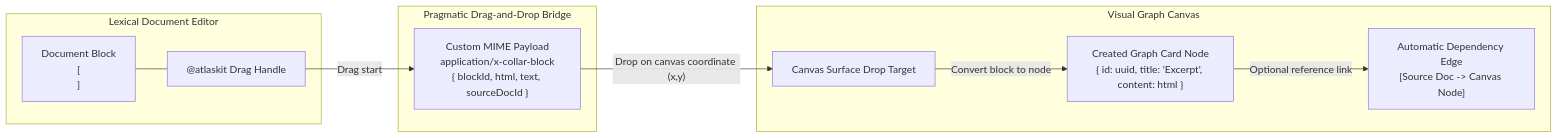
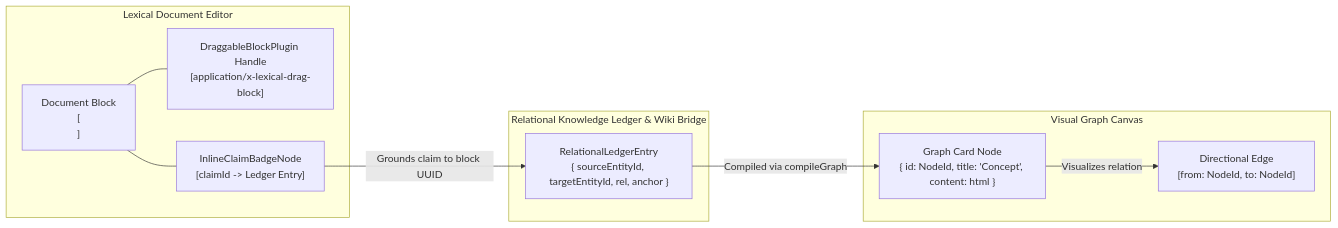
One commit to Goldwaterfung/Collaragent changed the fourth of 4 diagrams in docs/design-catalog/core-engine-wiring.md. Above: the diagram before and after it, drawn with Mermaid. The commit also changed other lines of this file and 42 other files, not shown here.

````diff
--- a/docs/design-catalog/core-engine-wiring.md
+++ b/docs/design-catalog/core-engine-wiring.md
@@ -216,23 +216,23 @@
 ```mermaid
 flowchart LR
     subgraph EditorSubsystem ["Lexical Document Editor"]
         LexicalBlock["Document Block<br/>[<p data-block-id='blk-1'>]"]
-        DragHandle["@atlaskit Drag Handle"]
+        DragHandle["DraggableBlockPlugin Handle<br/>[application/x-lexical-drag-block]"]
+        ClaimBadge["InlineClaimBadgeNode<br/>[claimId -> Ledger Entry]"]
         LexicalBlock --- DragHandle
+        LexicalBlock --- ClaimBadge
     end
 
-    subgraph DnDBridge ["Pragmatic Drag-and-Drop Bridge"]
-        MIMEPayload["Custom MIME Payload<br/>application/x-collar-block<br/>{ blockId, html, text, sourceDocId }"]
+    subgraph RelationalBridge ["Relational Knowledge Ledger & Wiki Bridge"]
+        LedgerEntry["RelationalLedgerEntry<br/>{ sourceEntityId, targetEntityId, rel, anchor }"]
     end
 
     subgraph CanvasSubsystem ["Visual Graph Canvas"]
-        DropTarget["Canvas Surface Drop Target"]
-        NewNode["Created Graph Card Node<br/>{ id: uuid, title: 'Excerpt', content: html }"]
-        EdgeConnect["Automatic Dependency Edge<br/>[Source Doc -> Canvas Node]"]
+        CanvasCardNode["Graph Card Node<br/>{ id: NodeId, title: 'Concept', content: html }"]
+        CanvasEdge["Directional Edge<br/>[from: NodeId, to: NodeId]"]
     end
 
-    DragHandle -->|"Drag start"| MIMEPayload
-    MIMEPayload -->|"Drop on canvas coordinate (x,y)"| DropTarget
-    DropTarget -->|"Convert block to node"| NewNode
-    NewNode -->|"Optional reference link"| EdgeConnect
+    ClaimBadge -->|"Grounds claim to block UUID"| LedgerEntry
+    LedgerEntry -->|"Compiled via compileGraph"| CanvasCardNode
+    CanvasCardNode -->|"Visualizes relation"| CanvasEdge
 ```
````
